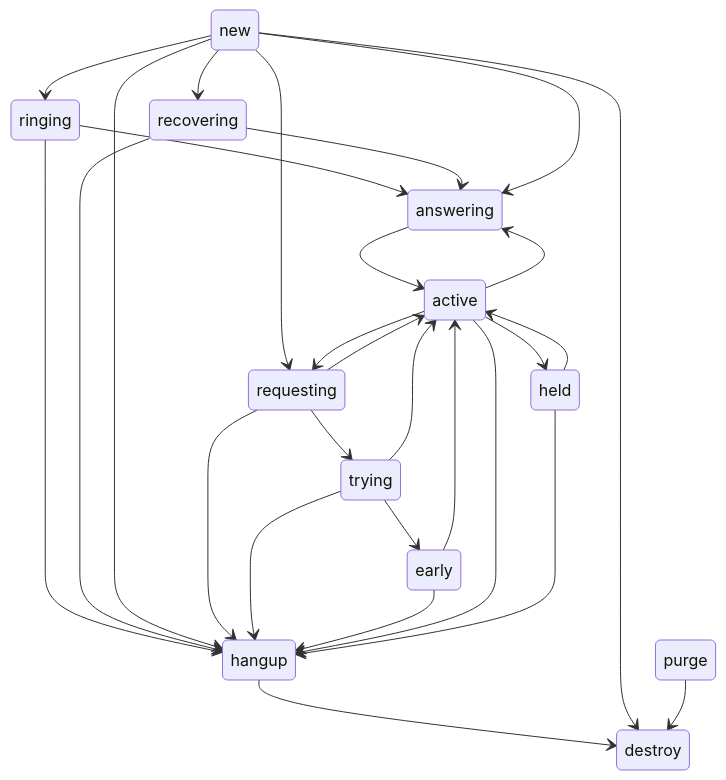
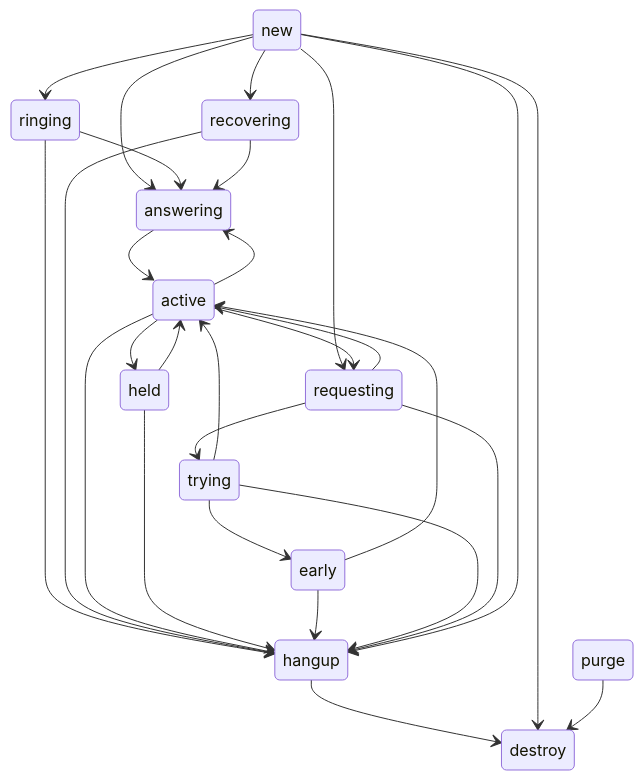
One commit to bjenning04/foam changed the fourth of 4 diagrams in verto-design.md. Above: the diagram before and after it, drawn with Mermaid.

Commit message:
May 4, 2026, 5:12 PM

````diff
--- a/verto-design.md
+++ b/verto-design.md
@@ -318,37 +318,42 @@
 ```mermaid
 stateDiagram
     new --> ringing
-    ringing --> hangup
-    ringing --> answering
     new --> recovering
-    recovering --> hangup
-    recovering --> answering
     new --> answering
     new --> requesting
-    new --> hangup
+    
 
     requesting --> active
     requesting --> trying
-    requesting --> hangup
+    
 
     trying --> active
     trying --> early
-    trying --> hangup
+    
+
+    ringing --> answering
+
+    recovering --> answering
 
     early --> active
-    early --> hangup
 
     active --> requesting
     active --> answering
-    active --> hangup
     active --> held
 
     answering --> active
 
     held --> active
+
+    ringing --> hangup
+    recovering --> hangup
+    active --> hangup
     held --> hangup
-
+    early --> hangup
+    trying --> hangup
+    requesting --> hangup
+    new --> hangup
     hangup --> destroy
     new --> destroy
     purge --> destroy
 ```
````
